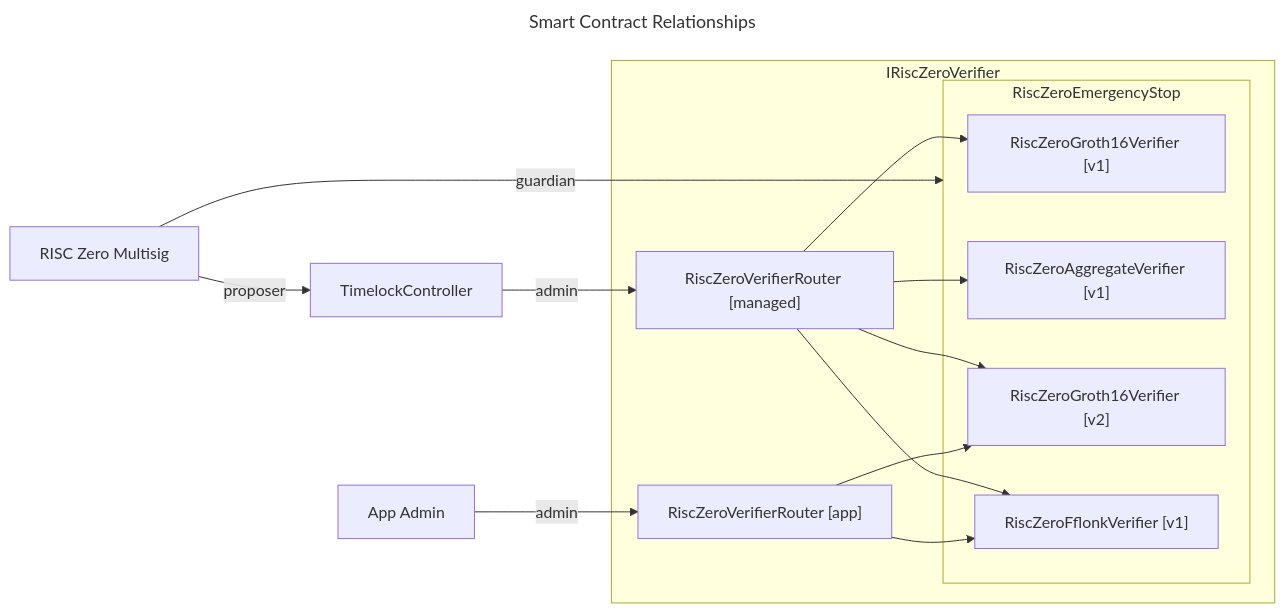
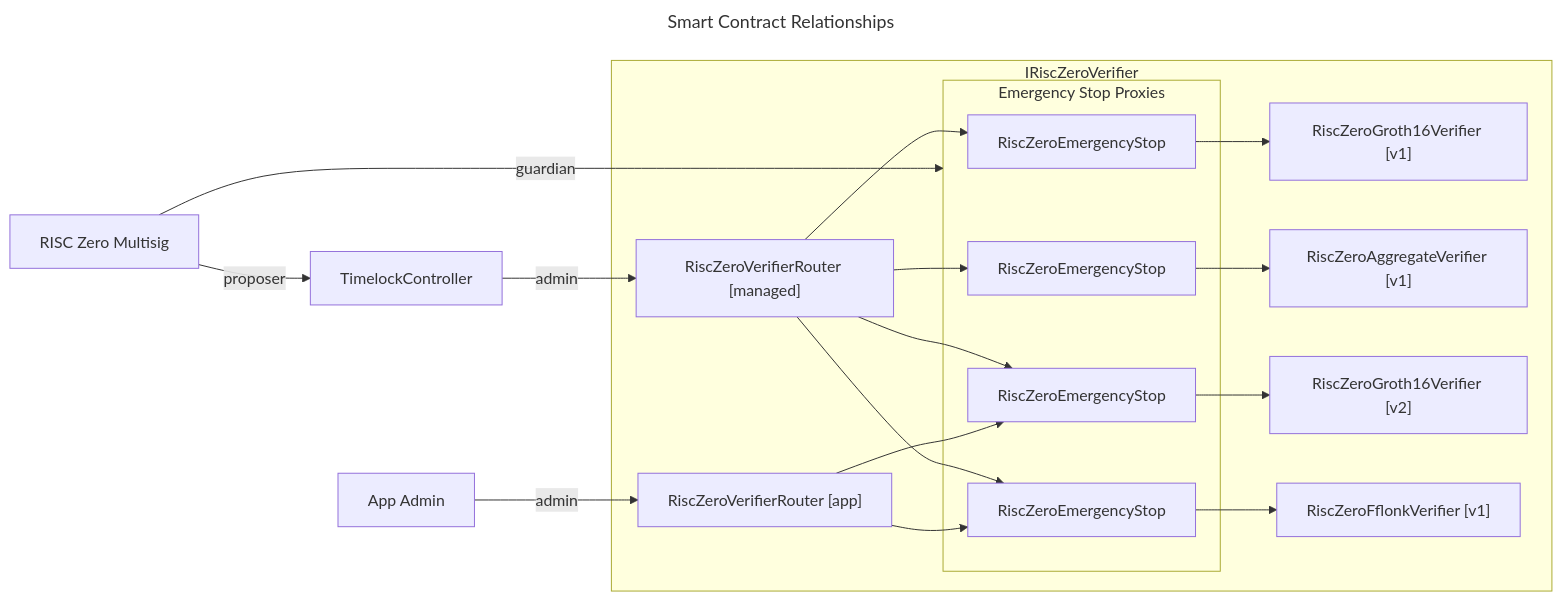
One commit to risc0/risc0-ethereum changed the diagram in contracts/version-management-design.md. Above: the diagram before and after it, drawn with Mermaid.

Commit message:
update diagram

````diff
--- a/contracts/version-management-design.md
+++ b/contracts/version-management-design.md
@@ -11,31 +11,40 @@
 ```mermaid
 ---
 title: Smart Contract Relationships
 ---
 flowchart LR
   subgraph IRiscZeroVerifier
     router["RiscZeroVerifierRouter [managed]"]
     appRouter["RiscZeroVerifierRouter [app]"]
     
-    subgraph impls[RiscZeroEmergencyStop]
-      groth16v1["RiscZeroGroth16Verifier [v1]"]
-      aggv1["RiscZeroAggregateVerifier [v1]"]
-      groth16v2["RiscZeroGroth16Verifier [v2]"]
+    subgraph emergencyStops["Emergency Stop Proxies"]
+      groth16v1ES["RiscZeroEmergencyStop"]
+      aggv1ES["RiscZeroEmergencyStop"]
+      groth16v2ES["RiscZeroEmergencyStop"]
+      fflonkv1ES["RiscZeroEmergencyStop"]
+    end
+    
+    groth16v1["RiscZeroGroth16Verifier [v1]"]
+    aggv1["RiscZeroAggregateVerifier [v1]"]
+    groth16v2["RiscZeroGroth16Verifier [v2]"]
+    fflonkv1["RiscZeroFflonkVerifier [v1]"]
 
-      fflonkv1["RiscZeroFflonkVerifier [v1]"]
-    end
-
-    router --> groth16v1
-    router & appRouter --> groth16v2
-    router --> aggv1
-    router & appRouter --> fflonkv1
+    router --> groth16v1ES
+    router & appRouter --> groth16v2ES
+    router --> aggv1ES
+    router & appRouter --> fflonkv1ES
+    
+    groth16v1ES --> groth16v1
+    groth16v2ES --> groth16v2
+    aggv1ES --> aggv1
+    fflonkv1ES --> fflonkv1
   end
   timelock[TimelockController]
   multisig["RISC Zero Multisig"]
   appAdmin[App Admin]
   
   timelock -- admin --> router
   appAdmin -- admin --> appRouter
   multisig -- proposer --> timelock
-  multisig -- guardian --> impls
+  multisig -- guardian --> emergencyStops
 ```
````
